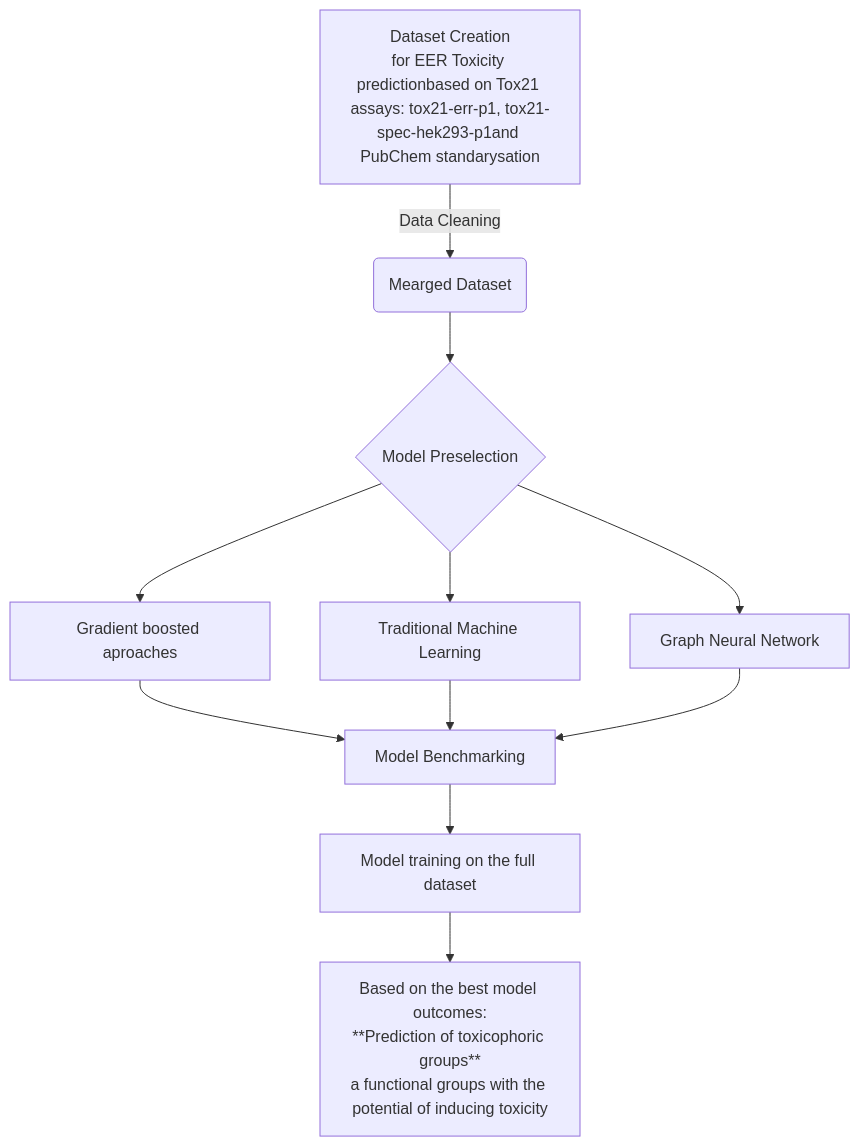
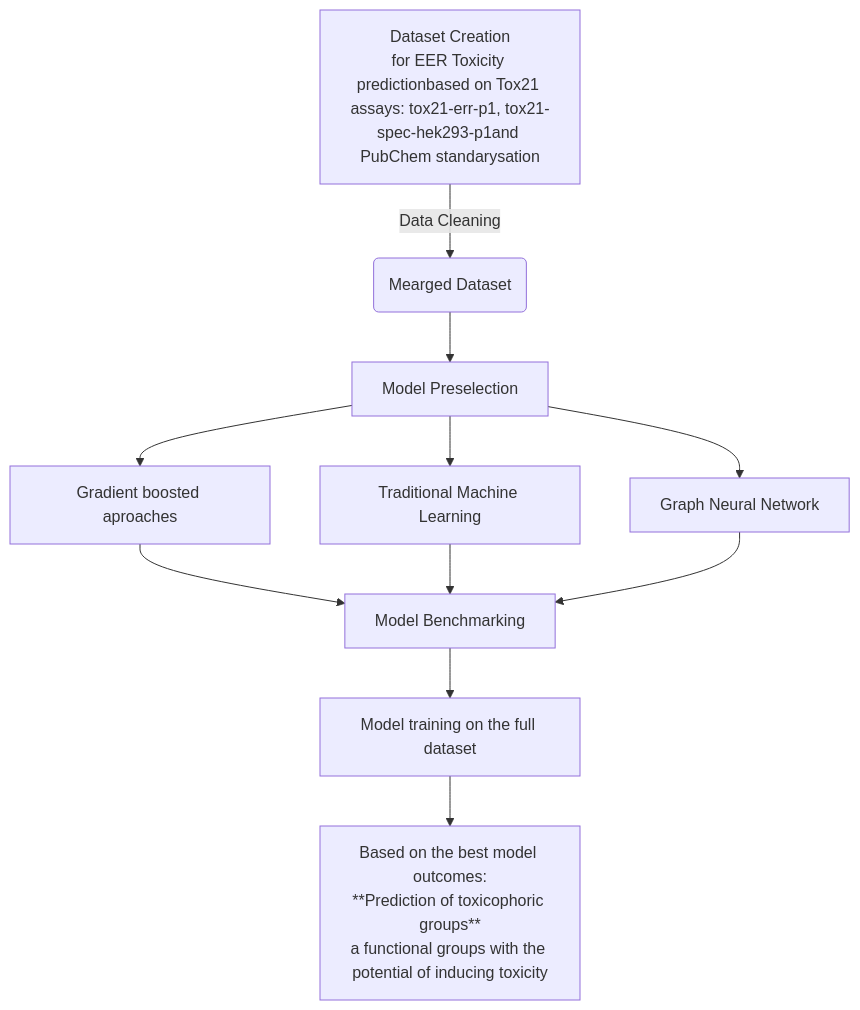
The diagram in README.md (SFGLab/Team9_Toxicological_Profiles), drawn with Mermaid before and after one commit. The commit also changed other lines of this file, not shown here.

Commit message:
Update README.md
typos

````diff
--- a/README.md
+++ b/README.md
@@ -77,13 +77,13 @@
 ```mermaid
 flowchart TD;
     A[Dataset Creation<br>for EER Toxicity prediction<be>based on Tox21 assays: tox21-err-p1, tox21-spec-hek293-p1<be>and PubChem standarysation] -->|Data Cleaning| B(Mearged Dataset);
-    B --> C{Model Preselection };
+    B --> C[Model Preselection];
     C --> D[Traditional Machine Learning];
     C --> E[Graph Neural Network];
     C --> F[Gradient boosted aproaches];
     F --> G[Model Benchmarking];
     D --> G;
     E --> G;
     G --> H[Model training on the full dataset];
     H --> I[Based on the best model outcomes:<br>**Prediction of toxicophoric groups**<br>a functional groups with the potential of inducing toxicity];
 ```
````
